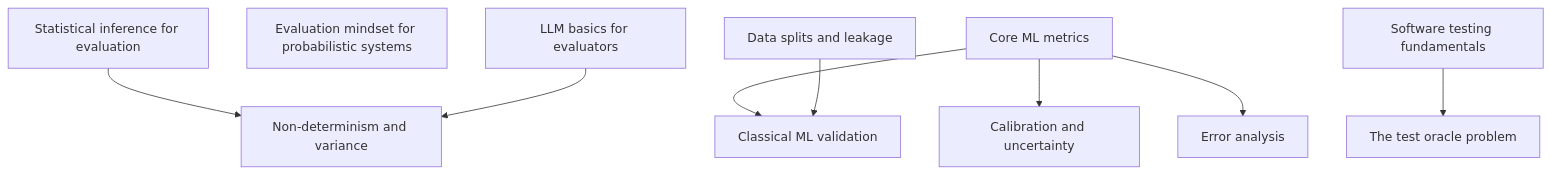
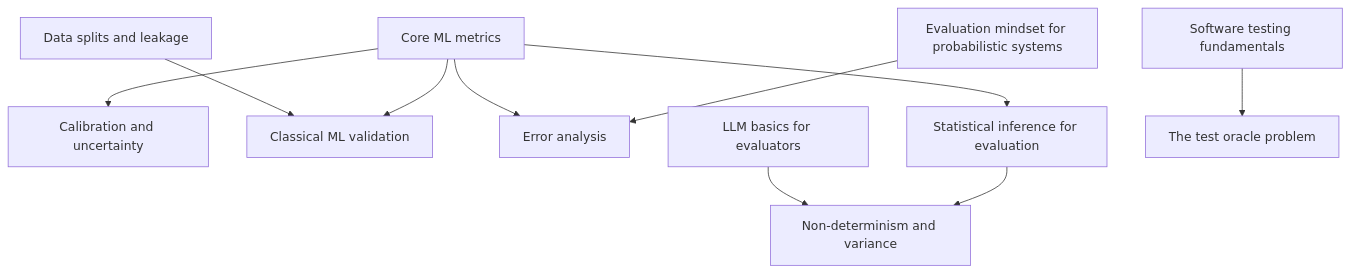
One commit to ksubramanian9/ai_evaluation changed the second of 8 diagrams in map/00-overview.md. Above: the diagram before and after it, drawn with Mermaid. The commit also changed 13 other files, not shown here.

````diff
--- a/map/00-overview.md
+++ b/map/00-overview.md
@@ -36,21 +36,23 @@
 ```mermaid
 flowchart TD
   n_calibration_and_uncertainty["Calibration and uncertainty"]
   n_classical_ml_validation["Classical ML validation"]
   n_data_splits_and_leakage["Data splits and leakage"]
   n_error_analysis["Error analysis"]
   n_evaluation_mindset["Evaluation mindset for probabilistic systems"]
   n_llm_basics_for_evaluators["LLM basics for evaluators"]
   n_ml_metrics["Core ML metrics"]
   n_nondeterminism_and_variance["Non-determinism and variance"]
   n_software_testing_fundamentals["Software testing fundamentals"]
   n_statistical_inference["Statistical inference for evaluation"]
   n_test_oracle_problem["The test oracle problem"]
   n_ml_metrics --> n_calibration_and_uncertainty
   n_data_splits_and_leakage --> n_classical_ml_validation
   n_ml_metrics --> n_classical_ml_validation
   n_ml_metrics --> n_error_analysis
+  n_evaluation_mindset --> n_error_analysis
   n_llm_basics_for_evaluators --> n_nondeterminism_and_variance
   n_statistical_inference --> n_nondeterminism_and_variance
+  n_ml_metrics --> n_statistical_inference
   n_software_testing_fundamentals --> n_test_oracle_problem
 ```
````
